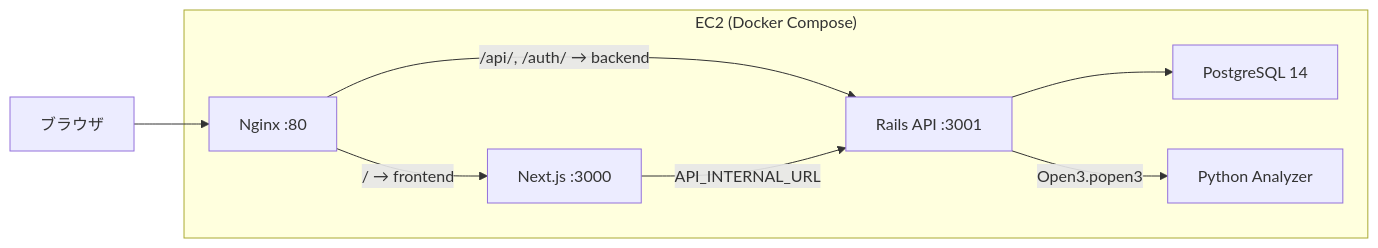
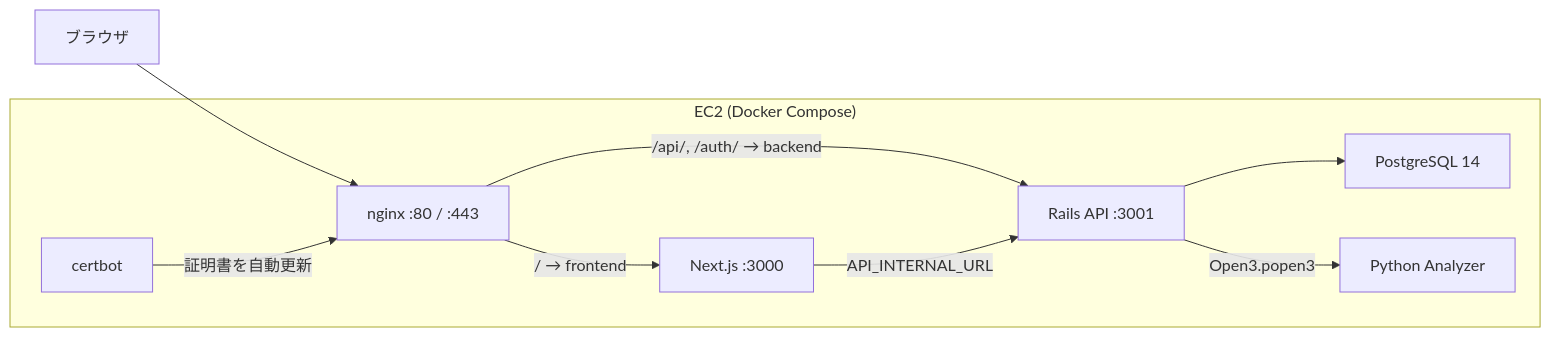
One commit to syo030078/music-portfolio-ai changed the diagram in README.md. Above: the diagram before and after it, drawn with Mermaid. The commit also changed other lines of this file, not shown here.

````diff
--- a/README.md
+++ b/README.md
@@ -67,18 +44,20 @@
 ```mermaid
 graph LR
     Browser[ブラウザ] --> Nginx
 
     subgraph EC2["EC2 (Docker Compose)"]
-        Nginx["Nginx :80"]
+        Nginx["nginx :80 / :443"]
+        Certbot["certbot"]
         Frontend["Next.js :3000"]
         Backend["Rails API :3001"]
         DB["PostgreSQL 14"]
         Analyzer["Python Analyzer"]
 
+        Certbot -- "証明書を自動更新" --> Nginx
         Nginx -- "/ → frontend" --> Frontend
         Nginx -- "/api/, /auth/ → backend" --> Backend
         Frontend -- "API_INTERNAL_URL" --> Backend
         Backend --> DB
         Backend -- "Open3.popen3" --> Analyzer
     end
 ```
````
